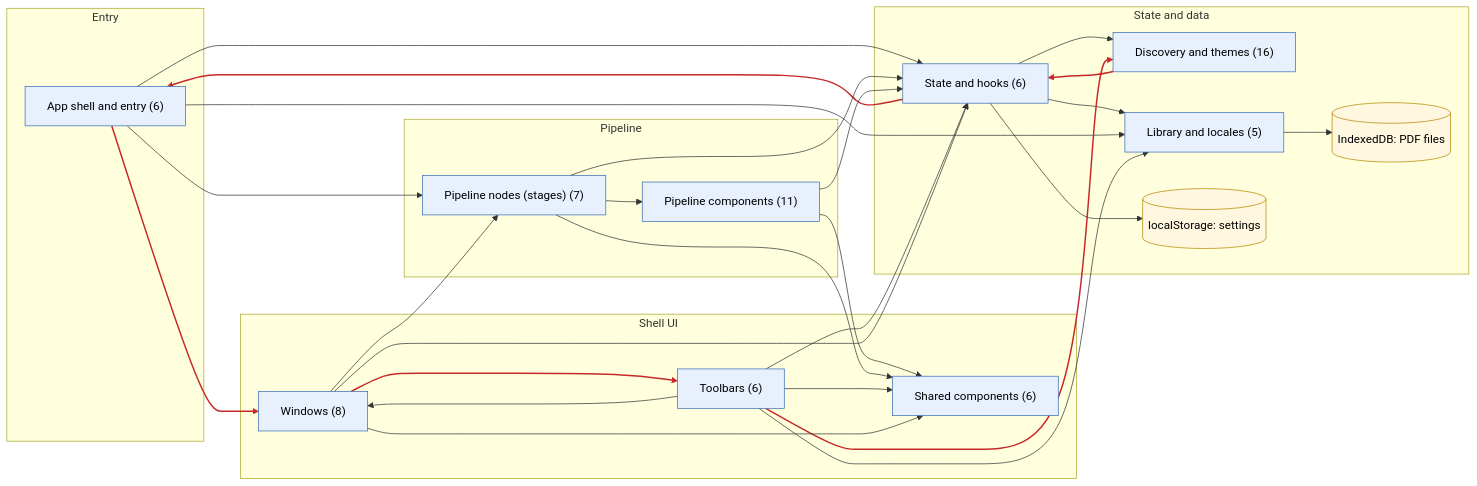
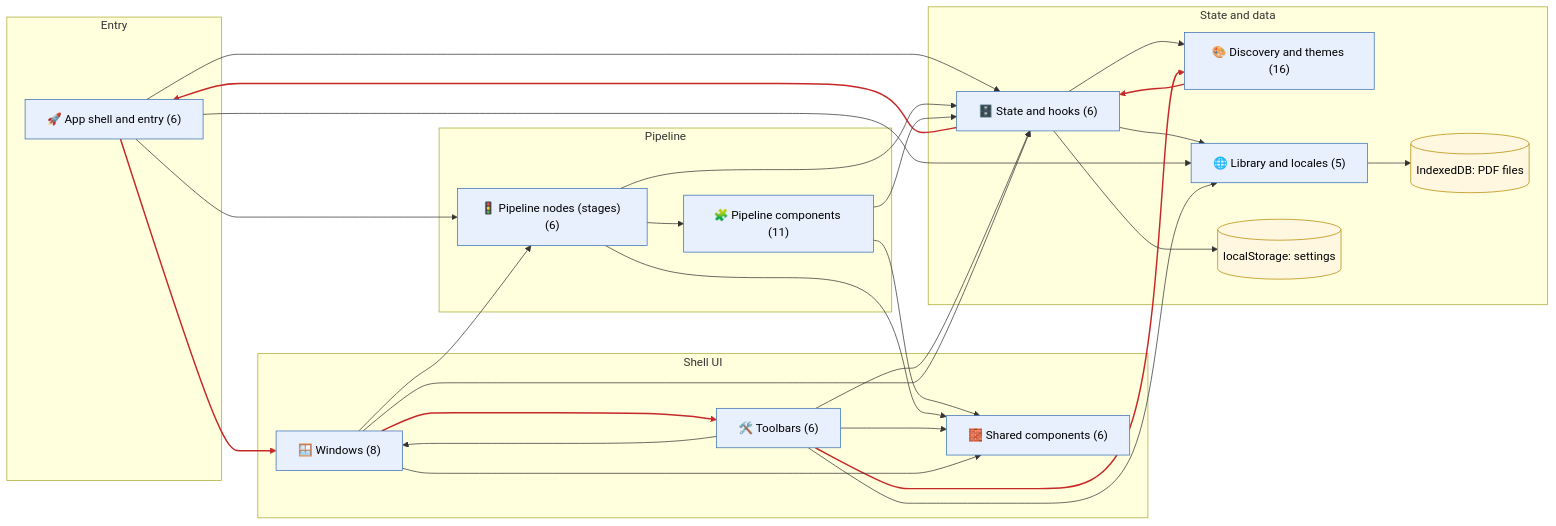
One commit to rand0mC0d3r/ScoreLink changed the diagram in docs/architecture/overview.md. Above: the diagram before and after it, drawn with Mermaid. The commit also changed other lines of this file and 36 other files, not shown here.

First line of the commit message:
Add architecture diagram for pipeline components, stages, and themes

````diff
--- a/docs/architecture/overview.md
+++ b/docs/architecture/overview.md
@@ -7,66 +7,67 @@
 ```mermaid
 flowchart LR
   subgraph sg0["Entry"]
-    m_app_shell["App shell and entry (6)"]
+    m_app_shell["🚀 App shell and entry (6)"]
   end
   subgraph sg1["Pipeline"]
-    m_pipeline_nodes["Pipeline nodes (stages) (7)"]
-    m_pipeline_components["Pipeline components (11)"]
+    m_pipeline_nodes["🚦 Pipeline nodes (stages) (6)"]
+    m_pipeline_components["🧩 Pipeline components (11)"]
   end
   subgraph sg2["Shell UI"]
-    m_windows["Windows (8)"]
-    m_toolbars["Toolbars (6)"]
-    m_shared_components["Shared components (6)"]
+    m_windows["🪟 Windows (8)"]
+    m_toolbars["🛠️ Toolbars (6)"]
+    m_shared_components["🧱 Shared components (6)"]
   end
   subgraph sg3["State and data"]
-    m_state_hooks["State and hooks (6)"]
-    m_discovery_themes["Discovery and themes (16)"]
-    m_lib_locales["Library and locales (5)"]
+    m_state_hooks["🗄️ State and hooks (6)"]
+    m_discovery_themes["🎨 Discovery and themes (16)"]
+    m_lib_locales["🌐 Library and locales (5)"]
     ov_localstorage[("localStorage: settings")]
     ov_indexeddb[("IndexedDB: PDF files")]
   end
   m_state_hooks --> m_discovery_themes
   m_state_hooks --> m_lib_locales
   m_discovery_themes --> m_state_hooks
   m_state_hooks --> m_app_shell
   m_app_shell --> m_pipeline_nodes
   m_app_shell --> m_windows
   m_app_shell --> m_state_hooks
   m_app_shell --> m_lib_locales
   m_pipeline_nodes --> m_state_hooks
   m_pipeline_components --> m_shared_components
   m_pipeline_components --> m_state_hooks
   m_pipeline_nodes --> m_pipeline_components
   m_pipeline_nodes --> m_shared_components
   m_toolbars --> m_shared_components
   m_toolbars --> m_state_hooks
   m_toolbars --> m_lib_locales
   m_toolbars --> m_discovery_themes
   m_toolbars --> m_windows
   m_windows --> m_shared_components
   m_windows --> m_pipeline_nodes
   m_windows --> m_toolbars
   m_windows --> m_state_hooks
   m_state_hooks --> ov_localstorage
   m_lib_locales --> ov_indexeddb
   click m_pipeline_components "modules/pipeline-components.md" "Pipeline components"
   click m_pipeline_nodes "modules/pipeline-nodes.md" "Pipeline nodes (stages)"
   click m_windows "modules/windows.md" "Windows"
   click m_toolbars "modules/toolbars.md" "Toolbars"
   click m_shared_components "modules/shared-components.md" "Shared components"
   click m_state_hooks "modules/state-hooks.md" "State and hooks"
   click m_discovery_themes "modules/discovery-themes.md" "Discovery and themes"
   click m_lib_locales "modules/lib-locales.md" "Library and locales"
   click m_app_shell "modules/app-shell.md" "App shell and entry"
   click ov_localstorage "stores.md" "Settings store"
   click ov_indexeddb "stores.md" "PDF storage"
   class m_pipeline_components,m_pipeline_nodes,m_windows,m_toolbars,m_shared_components,m_state_hooks,m_discovery_themes,m_lib_locales,m_app_shell mod
   class ov_localstorage,ov_indexeddb store
   linkStyle 2,3,5,16,20 stroke:#c62828,stroke-width:2px,color:#c62828
   classDef mod fill:#e8f0fe,stroke:#3b6fb6,color:#000
   classDef ext fill:#f5f5f5,stroke:#9e9e9e,stroke-dasharray:4 3,color:#333
   classDef store fill:#fff7e0,stroke:#b58900,color:#000
   classDef sym fill:#f3e8ff,stroke:#7e57c2,color:#000
   classDef hookdef fill:#e0f7fa,stroke:#00838f,color:#000
   classDef entry fill:#e6f4ea,stroke:#2e7d32,color:#000
+  classDef pipe fill:#e3f2fd,stroke:#1565c0,color:#000
 ```
````
